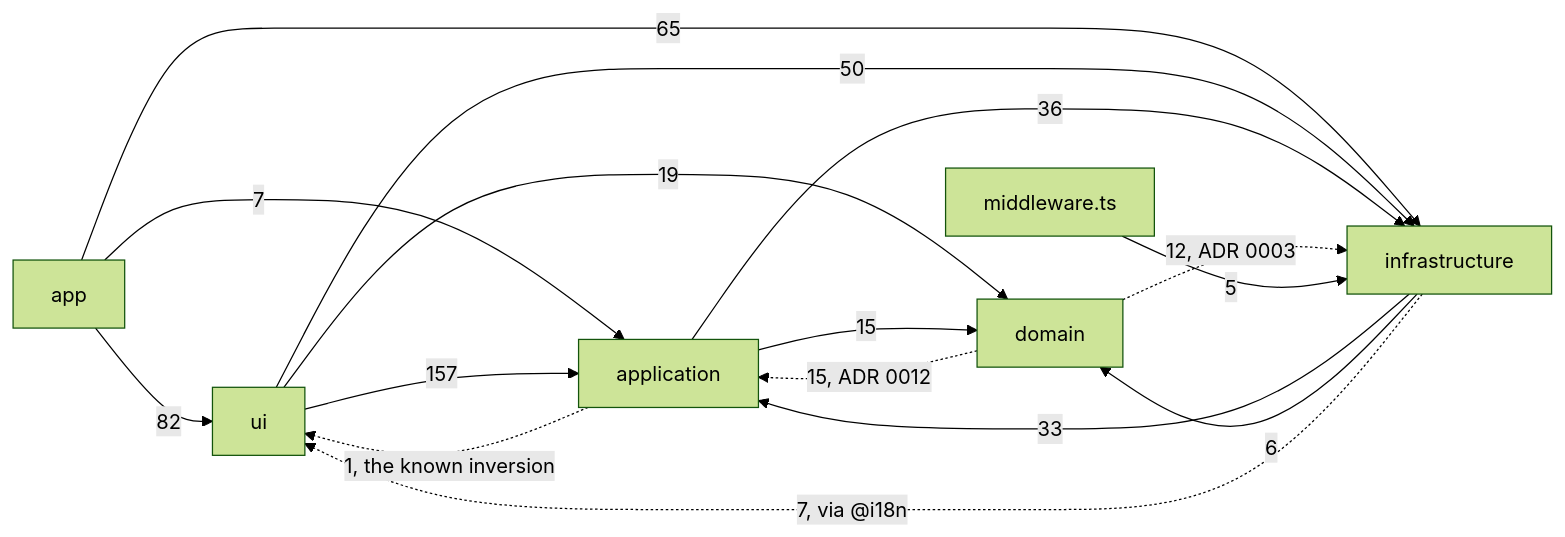
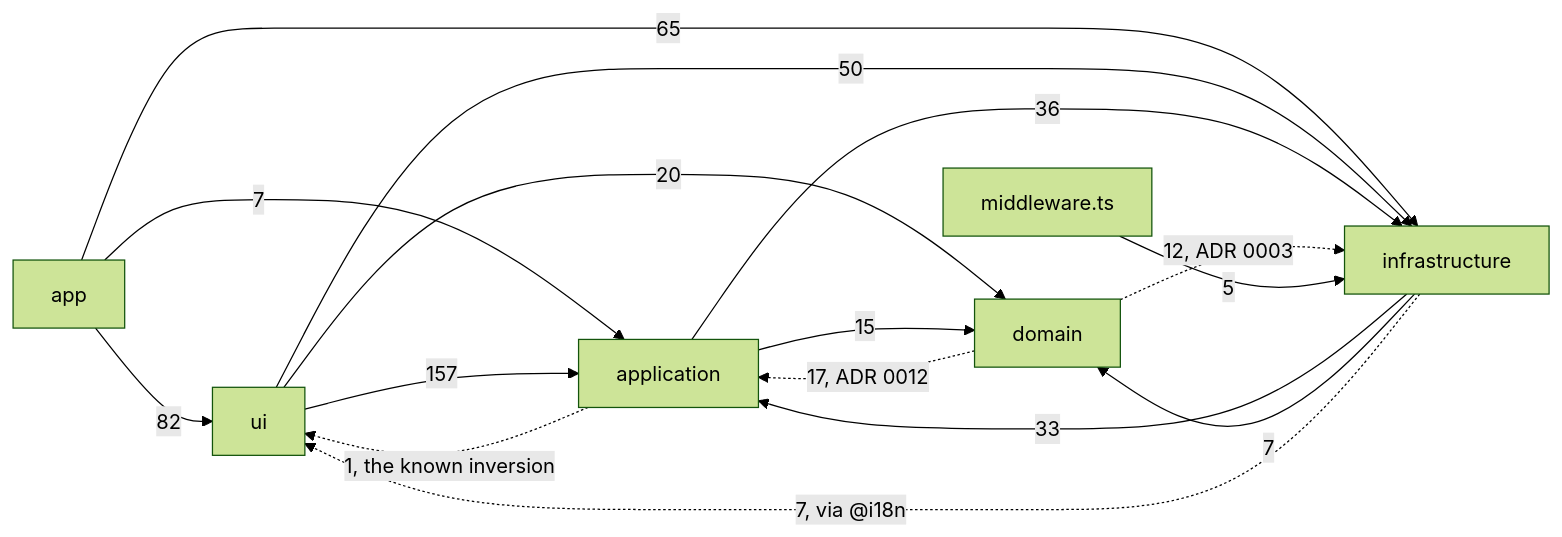
The diagram in apps/docs/src/content/docs/architecture/overview.mdx (fbuireu/forever-pto), drawn with Mermaid (forest theme) before and after one commit. The commit also changed other lines of this file and 8 other files, not shown here.

````diff
--- a/apps/docs/src/content/docs/architecture/overview.mdx
+++ b/apps/docs/src/content/docs/architecture/overview.mdx
@@ -47,24 +47,24 @@
 ```mermaid
 flowchart LR
   APP[app]
   UI[ui]
   APPL[application]
   DOM[domain]
   INFRA[infrastructure]
   MW[middleware.ts]
   APP -->|82| UI
   APP -->|7| APPL
   APP -->|65| INFRA
   UI -->|157| APPL
-  UI -->|19| DOM
+  UI -->|20| DOM
   UI -->|50| INFRA
   APPL -->|15| DOM
   APPL -->|36| INFRA
   APPL -.->|1, the known inversion| UI
-  DOM -.->|15, ADR 0012| APPL
+  DOM -.->|17, ADR 0012| APPL
   DOM -.->|12, ADR 0003| INFRA
   INFRA -->|33| APPL
-  INFRA -->|6| DOM
+  INFRA -->|7| DOM
   INFRA -.->|7, via @i18n| UI
   MW -->|5| INFRA
 ```
````
